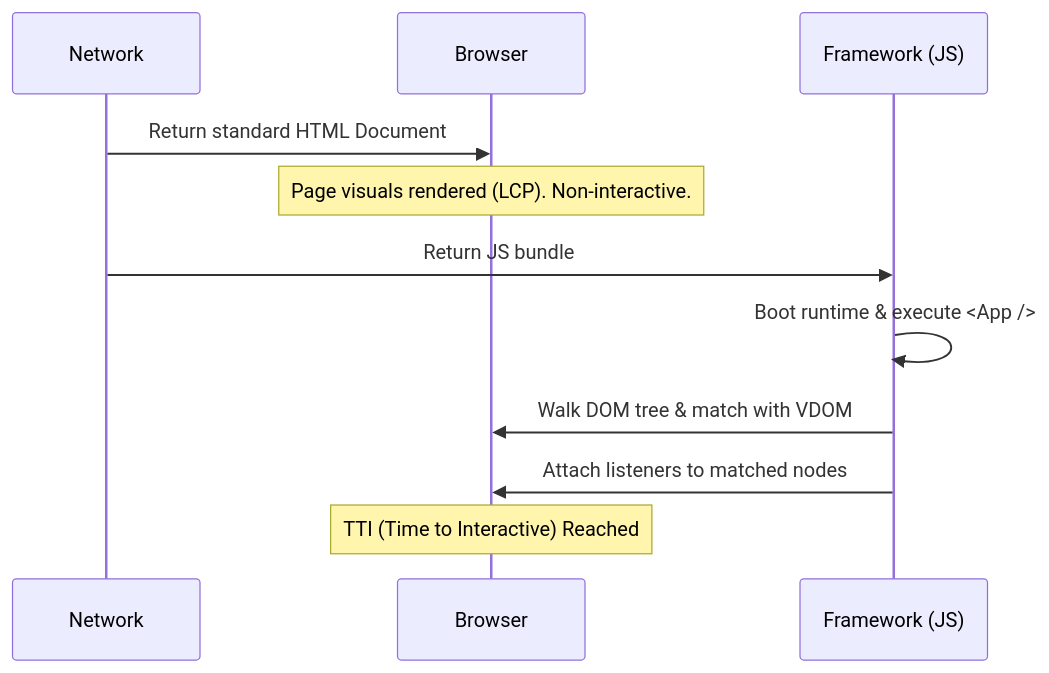
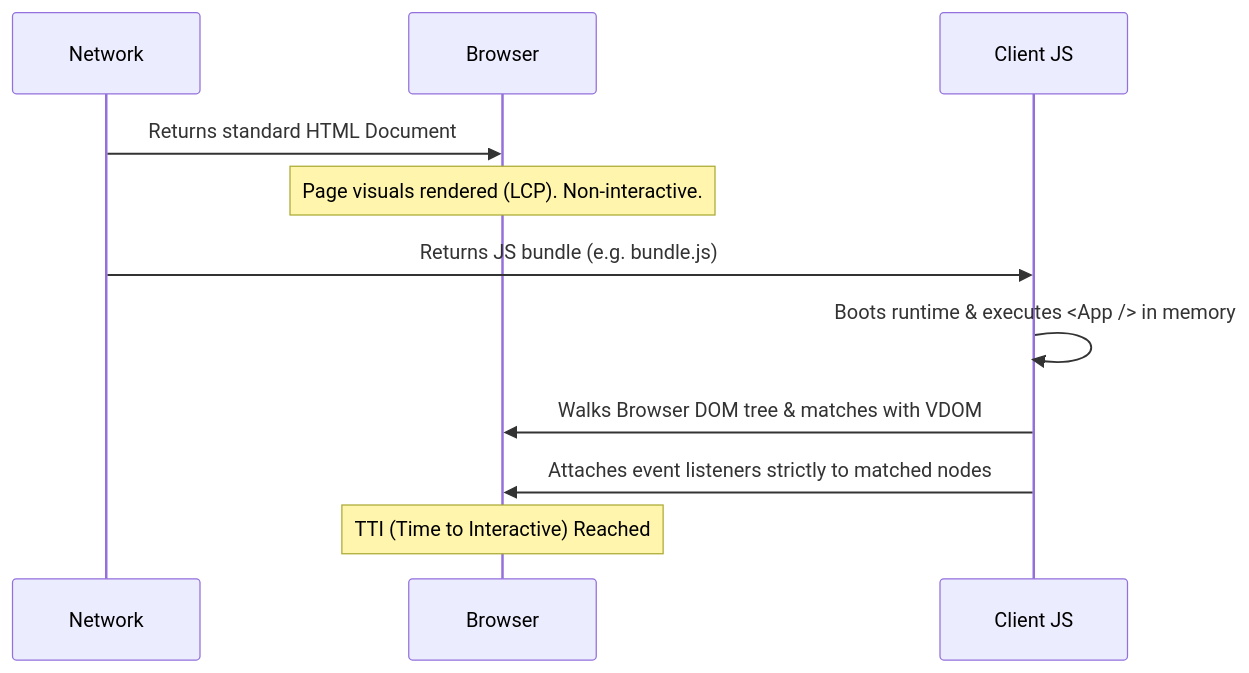
Before and after one commit to prakharp18/fdsheet: the diagram in docs/hydration.md, drawn with Mermaid. The commit also changed other lines of this file and 8 other files, not shown here.

````diff
--- a/docs/hydration.md
+++ b/docs/hydration.md
@@ -32,14 +42,14 @@
 ```mermaid
 sequenceDiagram
     participant Network
     participant Browser
-    participant Framework (JS)
+    participant Framework as Client JS
 
-    Network->>Browser: Return standard HTML Document
+    Network->>Browser: Returns standard HTML Document
     Note over Browser: Page visuals rendered (LCP). Non-interactive.
-    Network->>Framework (JS): Return JS bundle
-    Framework (JS)->>Framework (JS): Boot runtime & execute <App />
-    Framework (JS)->>Browser: Walk DOM tree & match with VDOM
-    Framework (JS)->>Browser: Attach listeners to matched nodes
+    Network->>Framework: Returns JS bundle (e.g. bundle.js)
+    Framework->>Framework: Boots runtime & executes <App /> in memory
+    Framework->>Browser: Walks Browser DOM tree & matches with VDOM
+    Framework->>Browser: Attaches event listeners strictly to matched nodes
     Note over Browser: TTI (Time to Interactive) Reached
 ```
````
